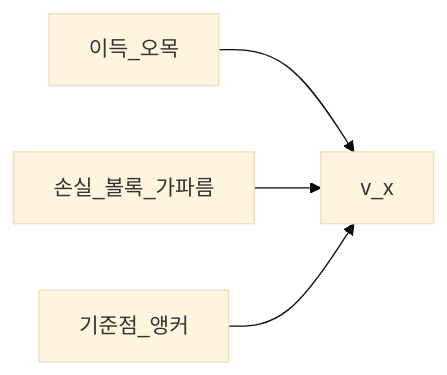
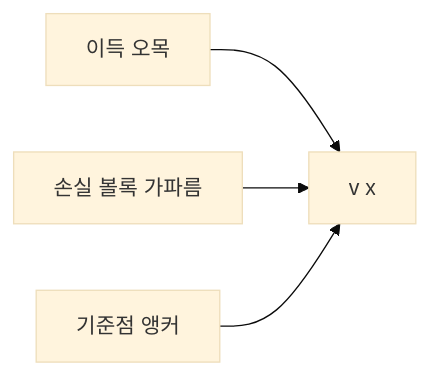
One commit to goldanghenry/Finances changed the second of 13 diagrams in 05-behavioral/behavioral-finance-complete.md. Above: the diagram before and after it, drawn with Mermaid (base theme). The commit also changed other lines of this file and 211 other files, not shown here.

````diff
--- a/05-behavioral/behavioral-finance-complete.md
+++ b/05-behavioral/behavioral-finance-complete.md
@@ -135,6 +138,6 @@
 ```mermaid
 flowchart LR
-  Gain[이득_오목] --> V[v_x]
-  Loss[손실_볼록_가파름] --> V
-  Ref[기준점_앵커] --> V
+  Gain["이득 오목"] --> V["v x"]
+  Loss["손실 볼록 가파름"] --> V
+  Ref["기준점 앵커"] --> V
 ```
````
